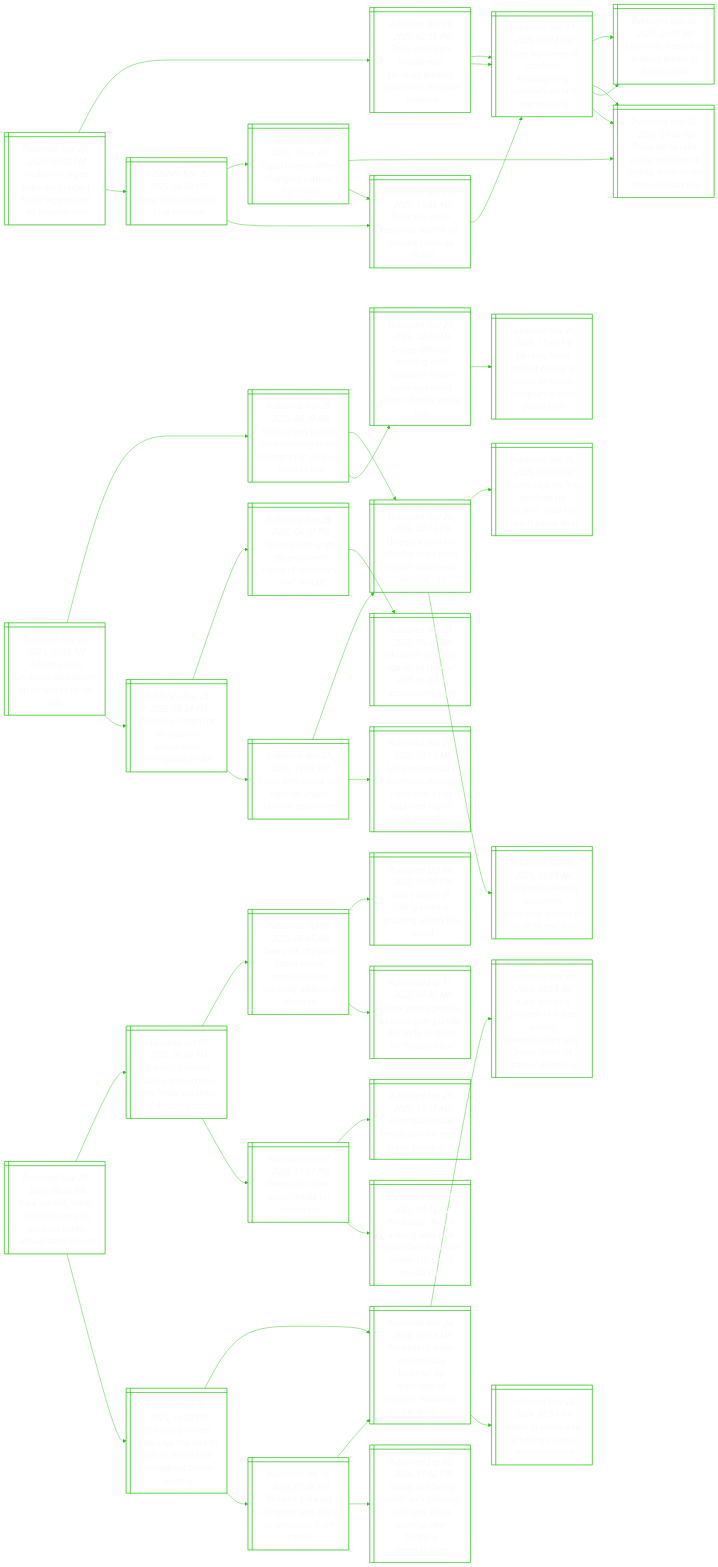
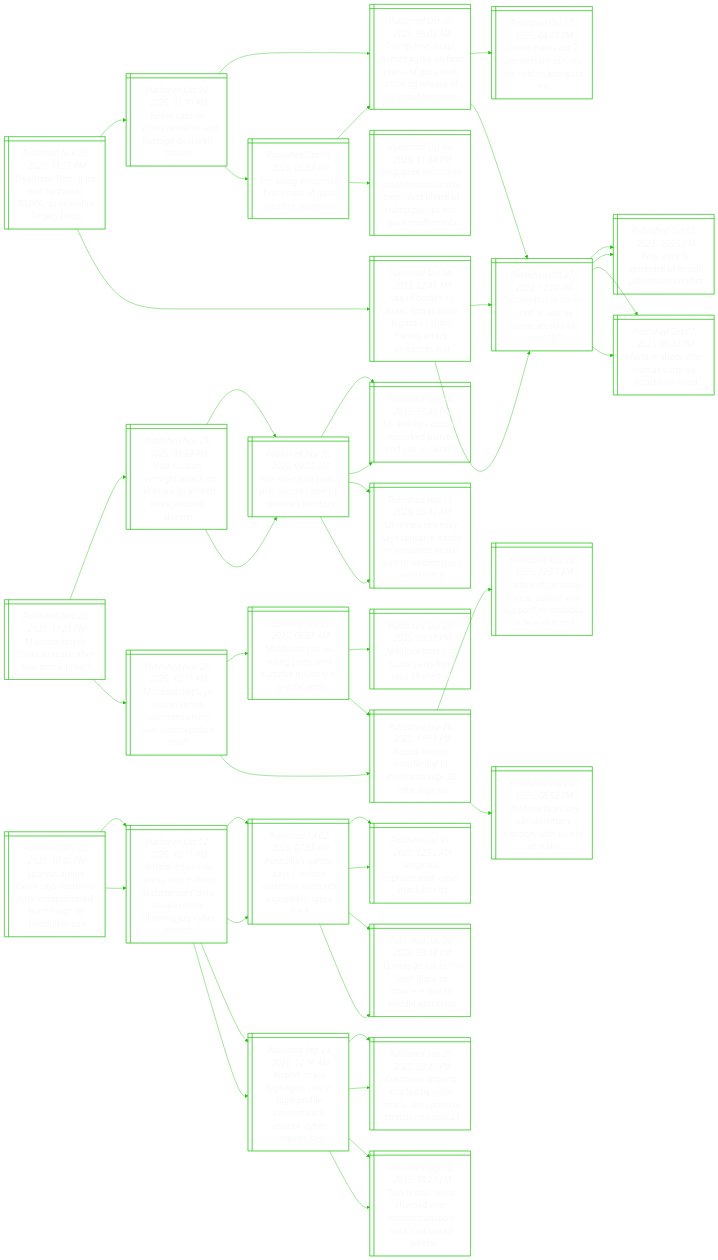
One commit to notJmes/notJmes changed the diagram in README.md. Above: the diagram before and after it, drawn with Mermaid. The commit also changed other lines of this file, not shown here.

````diff
--- a/README.md
+++ b/README.md
@@ -16,133 +16,142 @@
 flowchart LR
 classDef txtsize font-size:20px;
 
-Hlroojsienbv@{ shape: win-pane, label: "_Published Nov 29, 2025, 07:50 PM_
-Hezbollah urges pope leo to reject israeli ‘aggression’ on lebanon visit" }
-Petdsinensgvn@{ shape: win-pane, label: "_Published Nov 28, 2025, 02:58 PM_
-Pope leo meets middle east christian leaders, condemns religious violence" }
-Penocdrutivap@{ shape: win-pane, label: "_Published Nov 27, 2025, 09:18 AM_
-Pope leo warns of conflicts endangering humanity on first overseas trip" }
-Ilsomaanui@{ shape: win-pane, label: "_Published Nov 24, 2025, 01:17 AM_
-Israel kills hezbollah military leader in beirut strike" }
-Peaastkbosrt@{ shape: win-pane, label: "_Published Nov 25, 2025, 07:48 PM_
-Pope leo to take peace message to turkey, lebanon on first overseas trip" }
-Penocdrutivap@{ shape: win-pane, label: "_Published Nov 27, 2025, 09:18 AM_
-Pope leo warns of conflicts endangering humanity on first overseas trip" }
-Ilsomaanui@{ shape: win-pane, label: "_Published Nov 24, 2025, 01:17 AM_
-Israel kills hezbollah military leader in beirut strike" }
-Peaastkbosrt@{ shape: win-pane, label: "_Published Nov 25, 2025, 07:48 PM_
-Pope leo to take peace message to turkey, lebanon on first overseas trip" }
-PiIbls@{ shape: win-pane, label: "_Published Nov 29, 2025, 04:00 PM_
-Pope visits istanbul’s blue mosque" }
-Ptllhnhdm@{ shape: win-pane, label: "_Published Nov 29, 2025, 10:52 AM_
-Papal travels reflect changing catholic diplomacy" }
-Peaastkbosrt@{ shape: win-pane, label: "_Published Nov 25, 2025, 07:48 PM_
-Pope leo to take peace message to turkey, lebanon on first overseas trip" }
-Ikpkoaihiv@{ shape: win-pane, label: "_Published Nov 29, 2025, 10:46 AM_
-In turkey, pope seeks to soothe an ancient christian divide" }
-Ikpkoaihiv@{ shape: win-pane, label: "_Published Nov 29, 2025, 10:46 AM_
-In turkey, pope seeks to soothe an ancient christian divide" }
-Penocdrutivap@{ shape: win-pane, label: "_Published Nov 27, 2025, 09:18 AM_
-Pope leo warns of conflicts endangering humanity on first overseas trip" }
+Dtrzssselld@{ shape: win-pane, label: "_Published Nov 29, 2025, 11:27 PM_
+Death toll from gaza war surpasses 70,000, as ceasefire largely holds" }
+Iliaeseoewa@{ shape: win-pane, label: "_Published Oct 10, 2025, 07:10 AM_
+Israeli cabinet ratifies ceasefire and hostage deal with hamas" }
+TssHaossaaorslaoe@{ shape: win-pane, label: "_Published Oct 09, 2025, 05:09 AM_
+Trump says israel, hamas agree on first phase of gaza deal, allowing release of all israeli hostages" }
+Ilsnrakhoar@{ shape: win-pane, label: "_Published Oct 07, 2025, 04:43 PM_
+Israel marks oct 7 anniversary as talks are held to end gaza war" }
+NyeeawHakl@{ shape: win-pane, label: "_Published Oct 07, 2023, 12:04 PM_
+Netanyahu declares israel at war as hamas attacks kill over 100" }
+Pgoihfcfge@{ shape: win-pane, label: "_Published Oct 10, 2025, 06:53 AM_
+Pm wong welcomes first phase of gaza ceasefire agreement" }
+TssHaossaaorslaoe@{ shape: win-pane, label: "_Published Oct 09, 2025, 05:09 AM_
+Trump says israel, hamas agree on first phase of gaza deal, allowing release of all israeli hostages" }
+SpeeamaeihfptGoc@{ shape: win-pane, label: "_Published Oct 09, 2025, 11:04 PM_
+Singapore welcomes israel-hamas deal to begin first phase of trump plan to end gaza conflict: mfa" }
+Sbsrcdnacaale@{ shape: win-pane, label: "_Published Oct 08, 2023, 12:45 AM_
+‘sea of bodies’ in israel, scores dead in gaza as shock hamas attack unleashes war" }
+NyeeawHakl@{ shape: win-pane, label: "_Published Oct 07, 2023, 12:04 PM_
+Netanyahu declares israel at war as hamas attacks kill over 100" }
+WzptIleint@{ shape: win-pane, label: "_Published Oct 07, 2023, 05:15 PM_
+Why gaza is epicentre of israeli-palestinian conflict" }
+Wiceapaks@{ shape: win-pane, label: "_Published Oct 07, 2023, 06:44 PM_
+World in shock after hamas surprise attacks on israel" }
+NyeeawHakl@{ shape: win-pane, label: "_Published Oct 07, 2023, 12:04 PM_
+Netanyahu declares israel at war as hamas attacks kill over 100" }
+WzptIleint@{ shape: win-pane, label: "_Published Oct 07, 2023, 05:15 PM_
+Why gaza is epicentre of israeli-palestinian conflict" }
+Wiceapaks@{ shape: win-pane, label: "_Published Oct 07, 2023, 06:44 PM_
+World in shock after hamas surprise attacks on israel" }
 
-Hlroojsienbv:::txtsize --> Petdsinensgvn:::txtsize
-Petdsinensgvn:::txtsize --> Penocdrutivap:::txtsize
-Penocdrutivap:::txtsize --> Ilsomaanui:::txtsize
-Penocdrutivap:::txtsize --> Peaastkbosrt:::txtsize
-Petdsinensgvn:::txtsize --> Penocdrutivap:::txtsize
-Penocdrutivap:::txtsize --> Ilsomaanui:::txtsize
-Penocdrutivap:::txtsize --> Peaastkbosrt:::txtsize
-Hlroojsienbv:::txtsize --> PiIbls:::txtsize
-PiIbls:::txtsize --> Ptllhnhdm:::txtsize
-Ptllhnhdm:::txtsize --> Peaastkbosrt:::txtsize
-Ptllhnhdm:::txtsize --> Ikpkoaihiv:::txtsize
-PiIbls:::txtsize --> Ikpkoaihiv:::txtsize
-Ikpkoaihiv:::txtsize --> Penocdrutivap:::txtsize
+Dtrzssselld:::txtsize --> Iliaeseoewa:::txtsize
+Iliaeseoewa:::txtsize --> TssHaossaaorslaoe:::txtsize
+TssHaossaaorslaoe:::txtsize --> Ilsnrakhoar:::txtsize
+TssHaossaaorslaoe:::txtsize --> NyeeawHakl:::txtsize
+Iliaeseoewa:::txtsize --> Pgoihfcfge:::txtsize
+Pgoihfcfge:::txtsize --> TssHaossaaorslaoe:::txtsize
+Pgoihfcfge:::txtsize --> SpeeamaeihfptGoc:::txtsize
+Dtrzssselld:::txtsize --> Sbsrcdnacaale:::txtsize
+Sbsrcdnacaale:::txtsize --> NyeeawHakl:::txtsize
+NyeeawHakl:::txtsize --> WzptIleint:::txtsize
+NyeeawHakl:::txtsize --> Wiceapaks:::txtsize
+Sbsrcdnacaale:::txtsize --> NyeeawHakl:::txtsize
+NyeeawHakl:::txtsize --> WzptIleint:::txtsize
+NyeeawHakl:::txtsize --> Wiceapaks:::txtsize
 
-Zsyangnsors@{ shape: win-pane, label: "_Published Nov 29, 2025, 07:38 PM_
-Zelensky says ukrainian delegation on its way to us for talks" }
-Rptpmneerius@{ shape: win-pane, label: "_Published Nov 29, 2025, 04:39 AM_
-Rubio plans to skip nato meeting at key moment for ukraine, sources say" }
-Ucnkefunmos@{ shape: win-pane, label: "_Published Nov 26, 2025, 02:13 PM_
-Us peace plan for ukraine drew from russian document, sources say" }
-Tsodirisohe@{ shape: win-pane, label: "_Published Nov 26, 2025, 09:30 AM_
-Trump says no firm deadline for ukraine, russia to reach peace deal" }
-UnlyorpfStd@{ shape: win-pane, label: "_Published Nov 26, 2025, 05:08 AM_
-Ukraine’s zelensky welcomes ‘principles’ of new us draft to end war" }
-ToiegRaipuoorpp@{ shape: win-pane, label: "_Published Nov 23, 2025, 12:09 AM_
-Trump officials’ meeting with russian in miami spurs questions about ukraine peace plan" }
-Uneftcrespepp@{ shape: win-pane, label: "_Published Nov 21, 2025, 11:49 PM_
-Ukraine faces ‘difficult choice’ as trump demands acceptance of us peace plan" }
-Zsaaaercpp@{ shape: win-pane, label: "_Published Nov 28, 2025, 08:24 PM_
-Zelensky’s ‘man for all seasons’ ensnared in corruption probe" }
-Unitcehfncof@{ shape: win-pane, label: "_Published Nov 28, 2025, 04:19 PM_
-Ukraine anti-graft officers search home of zelensky’s chief of staff" }
-Unlydhffacir@{ shape: win-pane, label: "_Published Nov 21, 2025, 05:26 PM_
-Ukraine’s zelensky stands by chief of staff as graft accusations grow" }
-Psuwinsaea@{ shape: win-pane, label: "_Published Nov 27, 2025, 11:04 PM_
-Putin says russia will fight on unless ukraine cedes land" }
-Ucnkefunmos@{ shape: win-pane, label: "_Published Nov 26, 2025, 02:13 PM_
-Us peace plan for ukraine drew from russian document, sources say" }
-UnlyiRaitsuiKn@{ shape: win-pane, label: "_Published Nov 21, 2025, 03:19 AM_
-Ukraine’s military dismisses russia’s claim that it has captured city of kupiansk" }
+Mvehicedbh@{ shape: win-pane, label: "_Published Nov 29, 2025, 11:21 PM_
+Moldova briefly shuts airspace after new drone breach" }
+Vunnakrkasenz@{ shape: win-pane, label: "_Published Nov 29, 2025, 03:39 PM_
+Vast russian overnight attack on ukraine kills at least three, wounds dozens" }
+HRaewcuatt@{ shape: win-pane, label: "_Published Nov 25, 2025, 09:05 AM_
+How us-russia peace plan would carve up ukraine’s territory" }
+UKisrlerr@{ shape: win-pane, label: "_Published Nov 24, 2025, 05:43 PM_
+Us and kyiv discuss reworked plan to end war in ukraine" }
+Unlystsippposehp@{ shape: win-pane, label: "_Published Nov 25, 2025, 05:42 AM_
+Ukraine’s zelensky says sensitive issues in proposed peace plan to be discussed with trump" }
+HRaewcuatt@{ shape: win-pane, label: "_Published Nov 25, 2025, 09:05 AM_
+How us-russia peace plan would carve up ukraine’s territory" }
+UKisrlerr@{ shape: win-pane, label: "_Published Nov 24, 2025, 05:43 PM_
+Us and kyiv discuss reworked plan to end war in ukraine" }
+Unlystsippposehp@{ shape: win-pane, label: "_Published Nov 25, 2025, 05:42 AM_
+Ukraine’s zelensky says sensitive issues in proposed peace plan to be discussed with trump" }
+MvpRanmnvatc@{ shape: win-pane, label: "_Published Nov 27, 2025, 12:15 AM_
+Moldova displays russian drone, summons envoy over ‘unacceptable’ crash" }
+Mvolairerntt@{ shape: win-pane, label: "_Published Sep 29, 2025, 06:28 AM_
+Moldova’s pro-eu ruling party wins surprise majority in pivotal vote" }
+Mvsupfeen@{ shape: win-pane, label: "_Published Sep 26, 2025, 08:38 PM_
+Moldova bars pro-russia party from sept 28 election" }
+RaleiMvpeE@{ shape: win-pane, label: "_Published Sep 25, 2025, 11:51 PM_
+Russia ‘deeply interfering’ in moldova’s sept 28 vote, says eu" }
+RaleiMvpeE@{ shape: win-pane, label: "_Published Sep 25, 2025, 11:51 PM_
+Russia ‘deeply interfering’ in moldova’s sept 28 vote, says eu" }
+LreycawoMvaRa@{ shape: win-pane, label: "_Published Aug 28, 2025, 12:30 AM_
+Leaders of germany, france, poland vow ‘support’ to moldova in face of russia" }
+MvepaaenEak@{ shape: win-pane, label: "_Published Sep 25, 2025, 08:52 PM_
+Moldova faces key parliamentary election, with eu bid at stake" }
 
-Zsyangnsors:::txtsize --> Rptpmneerius:::txtsize
-Rptpmneerius:::txtsize --> Ucnkefunmos:::txtsize
-Ucnkefunmos:::txtsize --> Tsodirisohe:::txtsize
-Ucnkefunmos:::txtsize --> UnlyorpfStd:::txtsize
-Rptpmneerius:::txtsize --> ToiegRaipuoorpp:::txtsize
-ToiegRaipuoorpp:::txtsize --> Uneftcrespepp:::txtsize
-Zsyangnsors:::txtsize --> Zsaaaercpp:::txtsize
-Zsaaaercpp:::txtsize --> Unitcehfncof:::txtsize
-Unitcehfncof:::txtsize --> Unlydhffacir:::txtsize
-Zsaaaercpp:::txtsize --> Psuwinsaea:::txtsize
-Psuwinsaea:::txtsize --> Ucnkefunmos:::txtsize
-Psuwinsaea:::txtsize --> UnlyiRaitsuiKn:::txtsize
+Mvehicedbh:::txtsize --> Vunnakrkasenz:::txtsize
+Vunnakrkasenz:::txtsize --> HRaewcuatt:::txtsize
+HRaewcuatt:::txtsize --> UKisrlerr:::txtsize
+HRaewcuatt:::txtsize --> Unlystsippposehp:::txtsize
+Vunnakrkasenz:::txtsize --> HRaewcuatt:::txtsize
+HRaewcuatt:::txtsize --> UKisrlerr:::txtsize
+HRaewcuatt:::txtsize --> Unlystsippposehp:::txtsize
+Mvehicedbh:::txtsize --> MvpRanmnvatc:::txtsize
+MvpRanmnvatc:::txtsize --> Mvolairerntt:::txtsize
+Mvolairerntt:::txtsize --> Mvsupfeen:::txtsize
+Mvolairerntt:::txtsize --> RaleiMvpeE:::txtsize
+MvpRanmnvatc:::txtsize --> RaleiMvpeE:::txtsize
+RaleiMvpeE:::txtsize --> LreycawoMvaRa:::txtsize
+RaleiMvpeE:::txtsize --> MvepaaenEak:::txtsize
 
-Kitrbeoissaov@{ shape: win-pane, label: "_Published Nov 29, 2025, 06:50 PM_
-Kate winslet, other celebrities to join princess kate’s annual carol service" }
-Biiswsnfemdni@{ shape: win-pane, label: "_Published Oct 09, 2025, 06:08 PM_
-Britain’s princess kate warns screen time feeds ‘epidemic of disconnection’" }
-Nryslaaflligd@{ shape: win-pane, label: "_Published Oct 09, 2025, 06:45 AM_
-New york city sues social media companies for allegedly addicting children" }
-Gntnteirhl@{ shape: win-pane, label: "_Published Oct 04, 2025, 05:00 PM_
-Gen z anger at ruling elites is erupting across the world" }
-Moeinnekisbyl@{ shape: win-pane, label: "_Published Sep 11, 2025, 09:40 AM_
-More young people in china going under the knife in quest for ‘beauty ideal’" }
-Draidrr@{ shape: win-pane, label: "_Published Oct 07, 2025, 11:27 PM_
-Denmark to ban social media for under-15s" }
-AaslaonwiU@{ shape: win-pane, label: "_Published Sep 25, 2025, 10:37 AM_
-Australia’s social media ban for teens draws praise at un" }
-WAimihuctaridn@{ shape: win-pane, label: "_Published Sep 24, 2025, 09:44 AM_
-Whatsapp, twitch among sites that could face australia under-16s social media ban" }
-Biisshtoveuter@{ shape: win-pane, label: "_Published Jul 02, 2025, 10:00 PM_
-Britain’s princess kate says she had to ‘put on brave face’ throughout cancer journey" }
-PeWeoteeeutocrn@{ shape: win-pane, label: "_Published Mar 24, 2024, 06:13 AM_
-Princess of wales ‘enormously touched’ by messages of support following cancer diagnosis" }
-Krnnoeieeahhfecy@{ shape: win-pane, label: "_Published Mar 23, 2024, 02:08 AM_
-Kate, britain’s princess of wales, having chemotherapy after ‘huge shock’ of cancer discovery" }
-Bihfaiaann@{ shape: win-pane, label: "_Published Mar 24, 2024, 02:59 AM_
-Britain in shock after catherine's cancer announcement" }
-Biiseshnsfa@{ shape: win-pane, label: "_Published Jan 14, 2025, 09:38 PM_
-Britain’s princess catherine says she is in remission from cancer" }
-PeWeoteeeutocrn@{ shape: win-pane, label: "_Published Mar 24, 2024, 06:13 AM_
-Princess of wales ‘enormously touched’ by messages of support following cancer diagnosis" }
-LgeoKnKaealrsctp@{ shape: win-pane, label: "_Published Sep 09, 2024, 11:52 PM_
-‘loving and being loved’: uk’s princess kate says she is grateful after finishing chemotherapy" }
+Sslbsuearennaee@{ shape: win-pane, label: "_Published Nov 29, 2025, 10:40 PM_
+Spanish airline iberia says customer data ‘compromised’ but no sign of fraudulent use" }
+Aaantylotsldnlgcbh@{ shape: win-pane, label: "_Published Oct 12, 2025, 12:15 PM_
+Australian airline qantas says millions of customers’ data leaked online following july cyber breach" }
+AaQsmotanpiek@{ shape: win-pane, label: "_Published Jul 02, 2025, 07:55 AM_
+Australia’s qantas says 6 million customer accounts exposed in cyber hack" }
+Ttpidrcs@{ shape: win-pane, label: "_Published Jul 01, 2025, 12:52 AM_
+‘targeted, sophisticated’ cyber attack hits icc" }
+Qsaoioeedai@{ shape: win-pane, label: "_Published Jun 24, 2025, 03:38 PM_
+Qantas jet takes 15-hour flight to nowhere due to middle east crisis" }
+Arohtegfawtsrry@{ shape: win-pane, label: "_Published Sep 23, 2025, 12:16 AM_
+Airport chaos highlights rise in high-profile ransomware attacks, cyber experts say" }
+Eerslcakunrie@{ shape: win-pane, label: "_Published Sep 20, 2025, 03:40 PM_
+European airports snarled by cyber attack, disruption to stretch into sept 21" }
+Titceronttaw@{ shape: win-pane, label: "_Published Sep 18, 2025, 10:20 PM_
+Two british teens charged over london transport hack that lasted weeks" }
+Aaantylotsldnlgcbh@{ shape: win-pane, label: "_Published Oct 12, 2025, 12:15 PM_
+Australian airline qantas says millions of customers’ data leaked online following july cyber breach" }
+AaQsmotanpiek@{ shape: win-pane, label: "_Published Jul 02, 2025, 07:55 AM_
+Australia’s qantas says 6 million customer accounts exposed in cyber hack" }
+Ttpidrcs@{ shape: win-pane, label: "_Published Jul 01, 2025, 12:52 AM_
+‘targeted, sophisticated’ cyber attack hits icc" }
+Qsaoioeedai@{ shape: win-pane, label: "_Published Jun 24, 2025, 03:38 PM_
+Qantas jet takes 15-hour flight to nowhere due to middle east crisis" }
+Arohtegfawtsrry@{ shape: win-pane, label: "_Published Sep 23, 2025, 12:16 AM_
+Airport chaos highlights rise in high-profile ransomware attacks, cyber experts say" }
+Eerslcakunrie@{ shape: win-pane, label: "_Published Sep 20, 2025, 03:40 PM_
+European airports snarled by cyber attack, disruption to stretch into sept 21" }
+Titceronttaw@{ shape: win-pane, label: "_Published Sep 18, 2025, 10:20 PM_
+Two british teens charged over london transport hack that lasted weeks" }
 
-Kitrbeoissaov:::txtsize --> Biiswsnfemdni:::txtsize
-Biiswsnfemdni:::txtsize --> Nryslaaflligd:::txtsize
-Nryslaaflligd:::txtsize --> Gntnteirhl:::txtsize
-Nryslaaflligd:::txtsize --> Moeinnekisbyl:::txtsize
-Biiswsnfemdni:::txtsize --> Draidrr:::txtsize
-Draidrr:::txtsize --> AaslaonwiU:::txtsize
-Draidrr:::txtsize --> WAimihuctaridn:::txtsize
-Kitrbeoissaov:::txtsize --> Biisshtoveuter:::txtsize
-Biisshtoveuter:::txtsize --> PeWeoteeeutocrn:::txtsize
-PeWeoteeeutocrn:::txtsize --> Krnnoeieeahhfecy:::txtsize
-PeWeoteeeutocrn:::txtsize --> Bihfaiaann:::txtsize
-Biisshtoveuter:::txtsize --> Biiseshnsfa:::txtsize
-Biiseshnsfa:::txtsize --> PeWeoteeeutocrn:::txtsize
-Biiseshnsfa:::txtsize --> LgeoKnKaealrsctp:::txtsize
+Sslbsuearennaee:::txtsize --> Aaantylotsldnlgcbh:::txtsize
+Aaantylotsldnlgcbh:::txtsize --> AaQsmotanpiek:::txtsize
+AaQsmotanpiek:::txtsize --> Ttpidrcs:::txtsize
+AaQsmotanpiek:::txtsize --> Qsaoioeedai:::txtsize
+Aaantylotsldnlgcbh:::txtsize --> Arohtegfawtsrry:::txtsize
+Arohtegfawtsrry:::txtsize --> Eerslcakunrie:::txtsize
+Arohtegfawtsrry:::txtsize --> Titceronttaw:::txtsize
+Sslbsuearennaee:::txtsize --> Aaantylotsldnlgcbh:::txtsize
+Aaantylotsldnlgcbh:::txtsize --> AaQsmotanpiek:::txtsize
+AaQsmotanpiek:::txtsize --> Ttpidrcs:::txtsize
+AaQsmotanpiek:::txtsize --> Qsaoioeedai:::txtsize
+Aaantylotsldnlgcbh:::txtsize --> Arohtegfawtsrry:::txtsize
+Arohtegfawtsrry:::txtsize --> Eerslcakunrie:::txtsize
+Arohtegfawtsrry:::txtsize --> Titceronttaw:::txtsize
 
 ```
````
